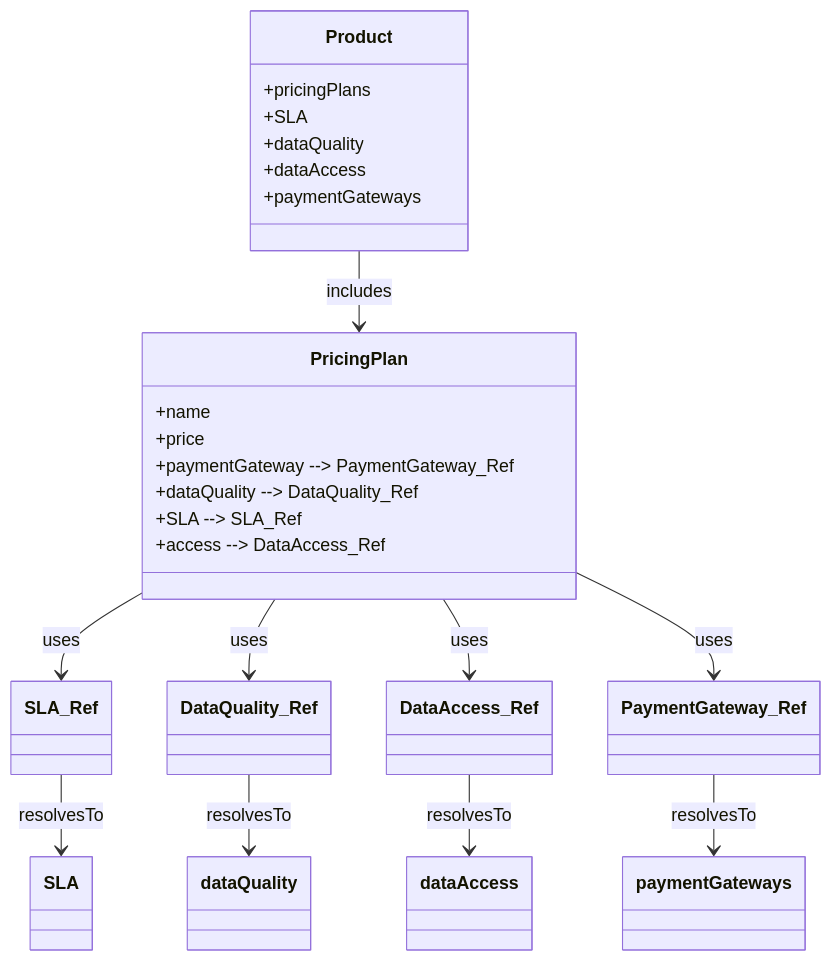
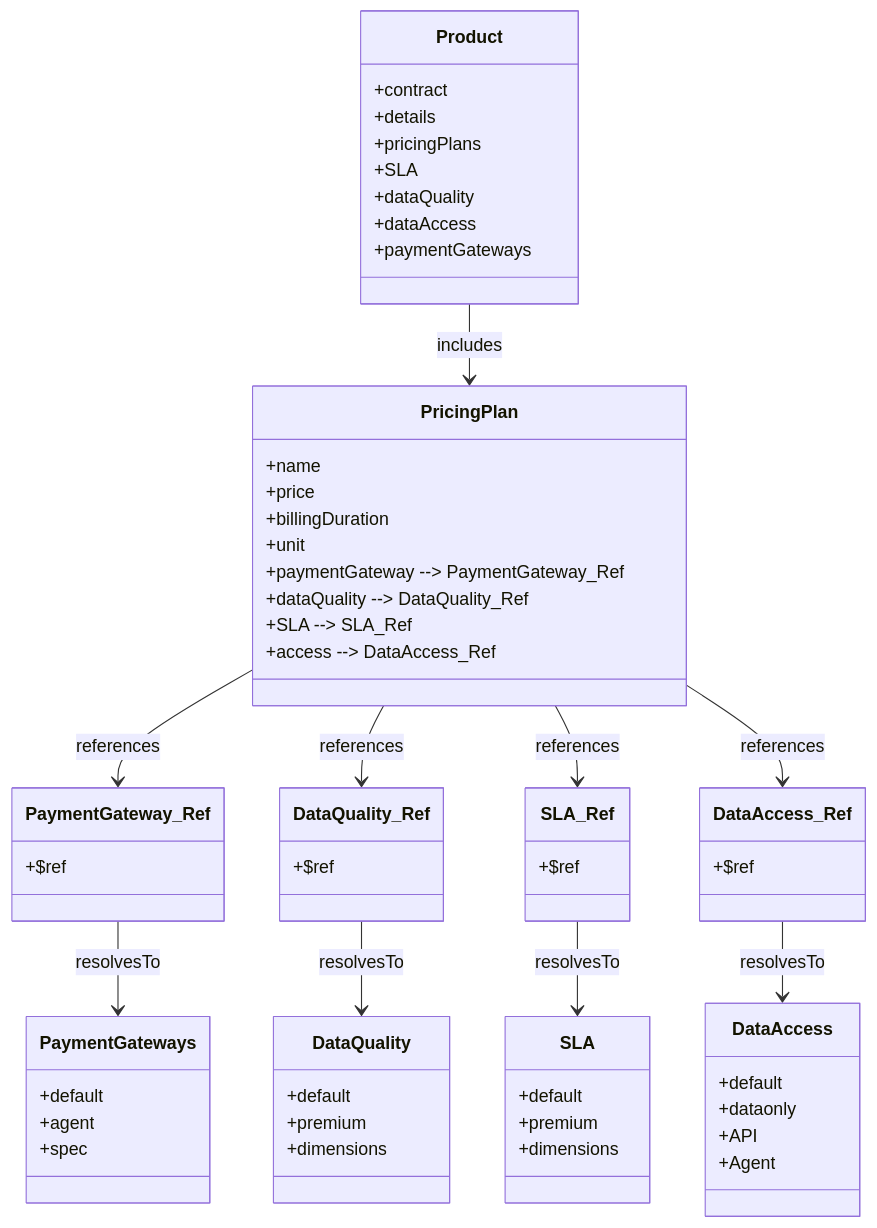
One commit to Open-Data-Product-Initiative/odps-examples changed the diagram in faq/reuse-components.md. Above: the diagram before and after it, drawn with Mermaid.

````diff
--- a/faq/reuse-components.md
+++ b/faq/reuse-components.md
@@ -88,30 +88,71 @@
 ```mermaid
+---
+config:
+  theme: default
+  layout: dagre
+  look: classic
+---
 classDiagram
-
 class Product {
+  +contract
+  +details
   +pricingPlans
   +SLA
   +dataQuality
   +dataAccess
   +paymentGateways
 }
-
 class PricingPlan {
   +name
   +price
+  +billingDuration
+  +unit
   +paymentGateway --> PaymentGateway_Ref
   +dataQuality --> DataQuality_Ref
   +SLA --> SLA_Ref
   +access --> DataAccess_Ref
 }
+class PaymentGateway_Ref {
+  +$ref
+}
+class DataQuality_Ref {
+  +$ref
+}
+class SLA_Ref {
+  +$ref
+}
+class DataAccess_Ref {
+  +$ref
+}
+class SLA {
+  +default
+  +premium
+  +dimensions
+}
+class DataQuality {
+  +default
+  +premium
+  +dimensions
+}
+class PaymentGateways {
+  +default
+  +agent
+  +spec
+}
+class DataAccess {
+  +default
+  +dataonly
+  +API
+  +Agent
+}
+Product --> PricingPlan : includes
+PricingPlan --> PaymentGateway_Ref : references
+PaymentGateway_Ref --> PaymentGateways : resolvesTo
+PricingPlan --> DataQuality_Ref : references
+DataQuality_Ref --> DataQuality : resolvesTo
+PricingPlan --> SLA_Ref : references
+SLA_Ref --> SLA : resolvesTo
+PricingPlan --> DataAccess_Ref : references
+DataAccess_Ref --> DataAccess : resolvesTo
 
-Product --> PricingPlan : includes
-PricingPlan --> SLA_Ref : uses
-SLA_Ref --> SLA : resolvesTo
-PricingPlan --> DataQuality_Ref : uses
-DataQuality_Ref --> dataQuality : resolvesTo
-PricingPlan --> DataAccess_Ref : uses
-DataAccess_Ref --> dataAccess : resolvesTo
-PricingPlan --> PaymentGateway_Ref : uses
-PaymentGateway_Ref --> paymentGateways : resolvesTo
 ```
````
